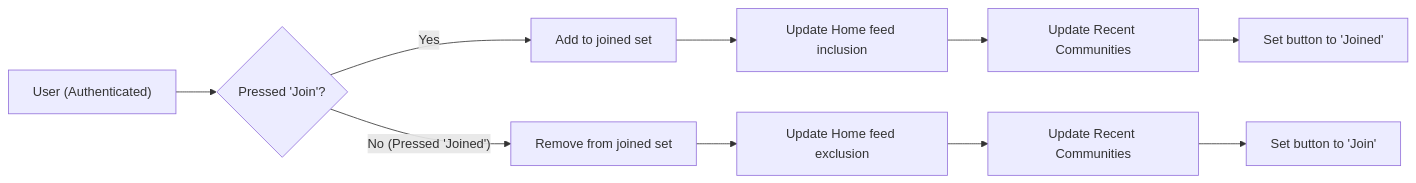
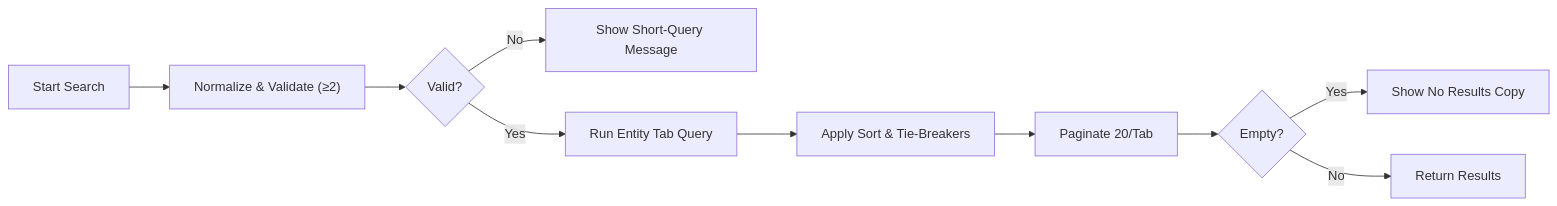
The seventh of 8 diagrams in docs/analysis/00-toc.md (wrtnlabs/autobe-example-reddit-openai-gpt-5), drawn with Mermaid before and after one commit. The commit also changed other lines of this file and 721 other files, not shown here.

````diff
--- a/docs/analysis/00-toc.md
+++ b/docs/analysis/00-toc.md
@@ -234,12 +335,12 @@
 ```mermaid
 graph LR
-  U["User (Authenticated)"] --> J{"Pressed 'Join'?"}
-  J -->|"Yes"| A["Add to joined set"]
-  A --> B["Update Home feed inclusion"]
-  B --> C["Update Recent Communities"]
-  C --> D["Set button to 'Joined'"]
-  J -->|"No (Pressed 'Joined')"| L["Remove from joined set"]
-  L --> M["Update Home feed exclusion"]
-  M --> N["Update Recent Communities"]
-  N --> O["Set button to 'Join'"]
+  A["Start Search"] --> B["Normalize & Validate (≥2)"]
+  B --> C{"Valid?"}
+  C -->|"No"| D["Show Short-Query Message"]
+  C -->|"Yes"| E["Run Entity Tab Query"]
+  E --> F["Apply Sort & Tie-Breakers"]
+  F --> G["Paginate 20/Tab"]
+  G --> H{"Empty?"}
+  H -->|"Yes"| I["Show No Results Copy"]
+  H -->|"No"| J["Return Results"]
 ```
````
